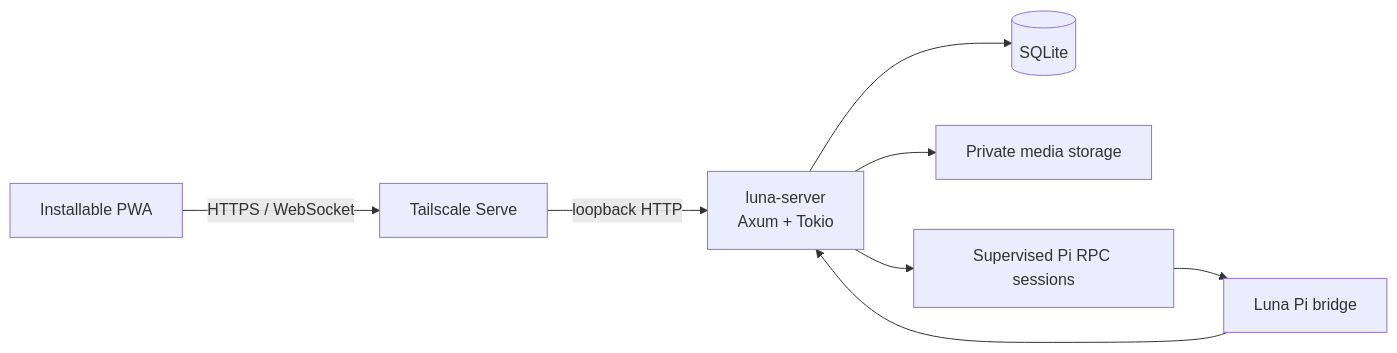
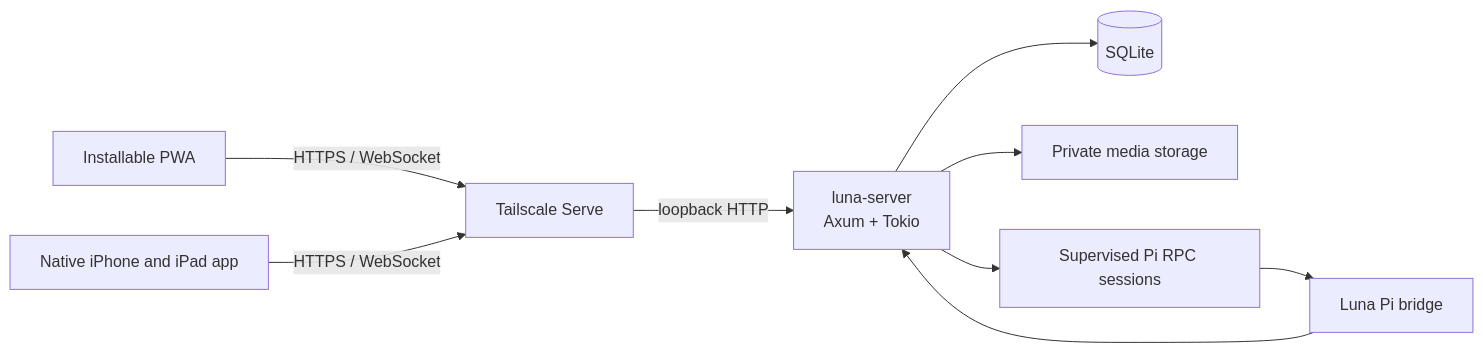
One commit to YannickHerrero/luna changed the diagram in README.md. Above: the diagram before and after it, drawn with Mermaid. The commit also changed other lines of this file and 1 other file, not shown here.

Commit message:
docs(ios): document native development

````diff
--- a/README.md
+++ b/README.md
@@ -39,10 +39,11 @@
 ```mermaid
 flowchart LR
-    Device[Installable PWA] -->|HTTPS / WebSocket| TS[Tailscale Serve]
+    Web[Installable PWA] -->|HTTPS / WebSocket| TS[Tailscale Serve]
+    Apple[Native iPhone and iPad app] -->|HTTPS / WebSocket| TS
     TS -->|loopback HTTP| Server[luna-server\nAxum + Tokio]
     Server --> DB[(SQLite)]
     Server --> Media[Private media storage]
     Server --> Pi[Supervised Pi RPC sessions]
     Pi --> Bridge[Luna Pi bridge]
     Bridge --> Server
 ```
````
